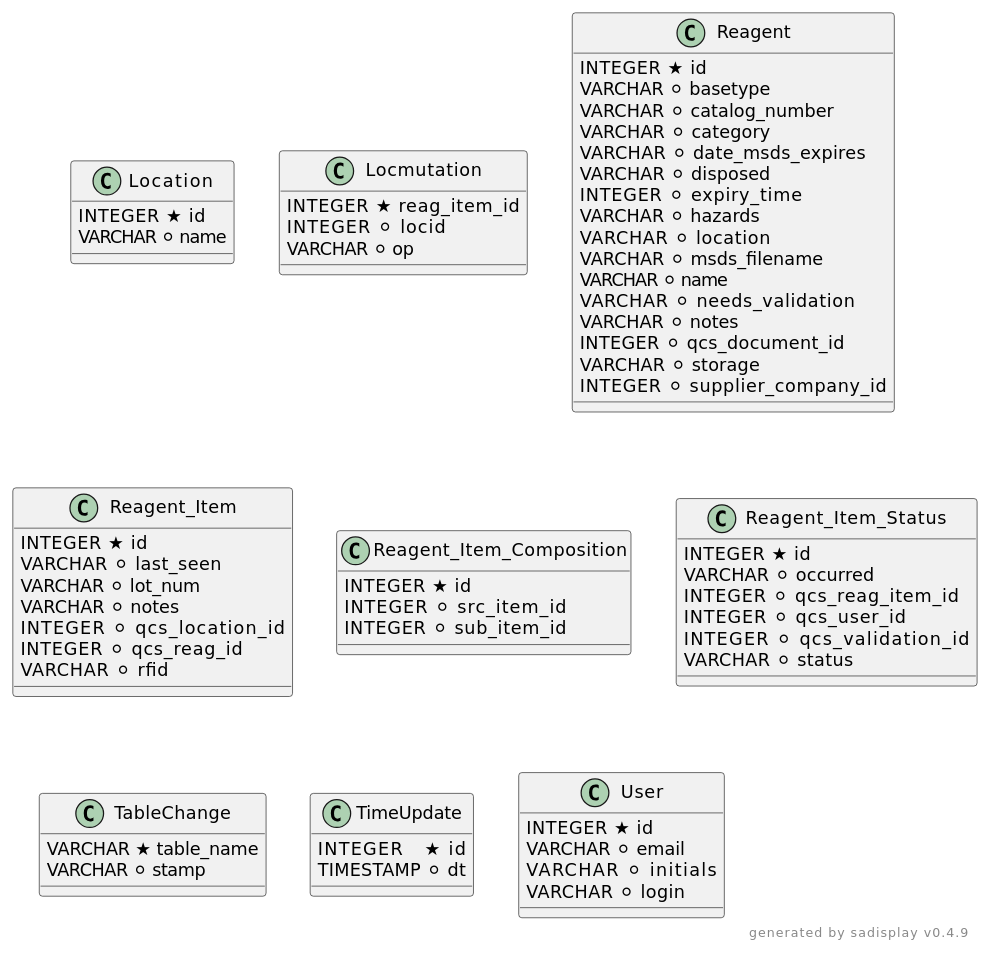
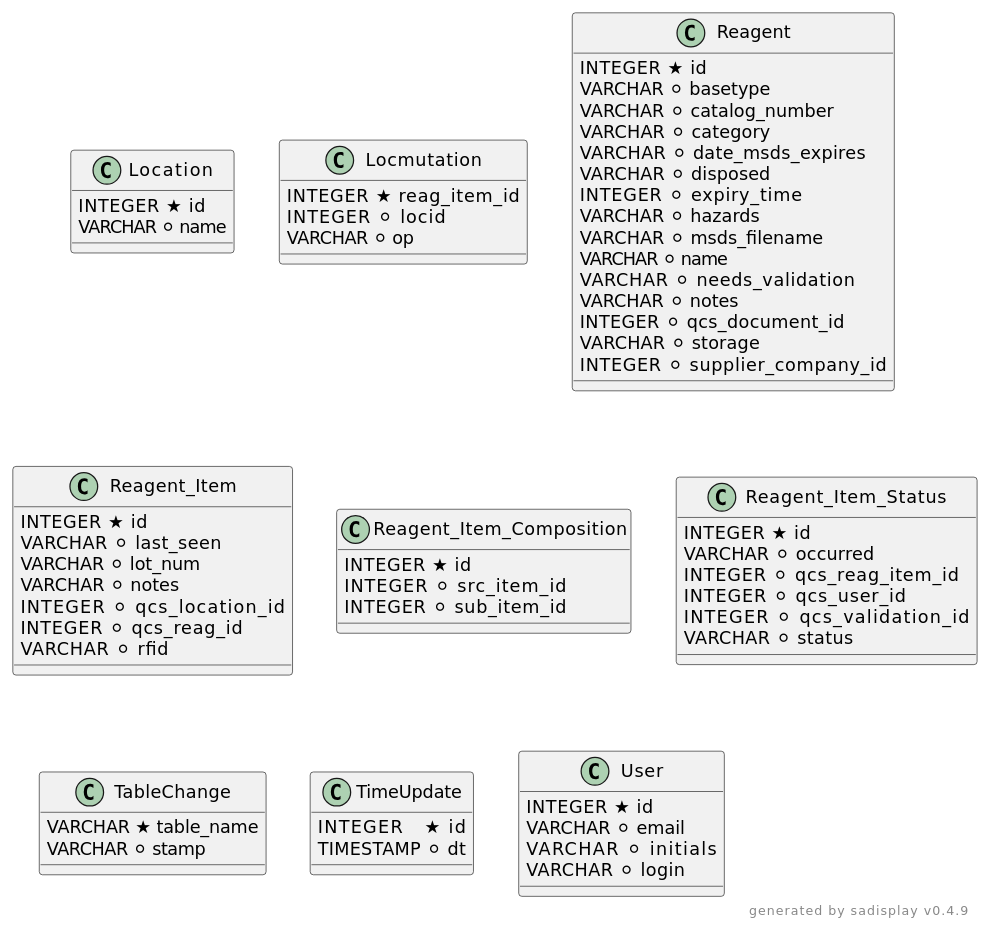
Before and after one commit to cfe-lab/stocky: the diagram in stocky-devel/stocky/docs/source/chemstock.plantuml, drawn with PlantUML. The commit also changed 23 other files, not shown here.

```diff
--- a/stocky-devel/stocky/docs/source/chemstock.plantuml
+++ b/stocky-devel/stocky/docs/source/chemstock.plantuml
@@ -1,79 +1,78 @@
 @startuml
 
 skinparam defaultFontName Courier
 
 Class Location {
     INTEGER ★ id  
     VARCHAR ⚪ name
 }
 
 Class Locmutation {
     INTEGER ★ reag_item_id
     INTEGER ⚪ locid       
     VARCHAR ⚪ op          
 }
 
 Class Reagent {
     INTEGER ★ id                 
     VARCHAR ⚪ basetype           
     VARCHAR ⚪ catalog_number     
     VARCHAR ⚪ category           
     VARCHAR ⚪ date_msds_expires  
     VARCHAR ⚪ disposed           
     INTEGER ⚪ expiry_time        
     VARCHAR ⚪ hazards            
-    VARCHAR ⚪ location           
     VARCHAR ⚪ msds_filename      
     VARCHAR ⚪ name               
     VARCHAR ⚪ needs_validation   
     VARCHAR ⚪ notes              
     INTEGER ⚪ qcs_document_id    
     VARCHAR ⚪ storage            
     INTEGER ⚪ supplier_company_id
 }
 
 Class Reagent_Item {
     INTEGER ★ id             
     VARCHAR ⚪ last_seen      
     VARCHAR ⚪ lot_num        
     VARCHAR ⚪ notes          
     INTEGER ⚪ qcs_location_id
     INTEGER ⚪ qcs_reag_id    
     VARCHAR ⚪ rfid           
 }
 
 Class Reagent_Item_Composition {
     INTEGER ★ id         
     INTEGER ⚪ src_item_id
     INTEGER ⚪ sub_item_id
 }
 
 Class Reagent_Item_Status {
     INTEGER ★ id               
     VARCHAR ⚪ occurred         
     INTEGER ⚪ qcs_reag_item_id 
     INTEGER ⚪ qcs_user_id      
     INTEGER ⚪ qcs_validation_id
     VARCHAR ⚪ status           
 }
 
 Class TableChange {
     VARCHAR ★ table_name
     VARCHAR ⚪ stamp     
 }
 
 Class TimeUpdate {
     INTEGER   ★ id
     TIMESTAMP ⚪ dt
 }
 
 Class User {
     INTEGER ★ id      
     VARCHAR ⚪ email   
     VARCHAR ⚪ initials
     VARCHAR ⚪ login   
 }
 
 right footer generated by sadisplay v0.4.9
 
 @enduml
```
